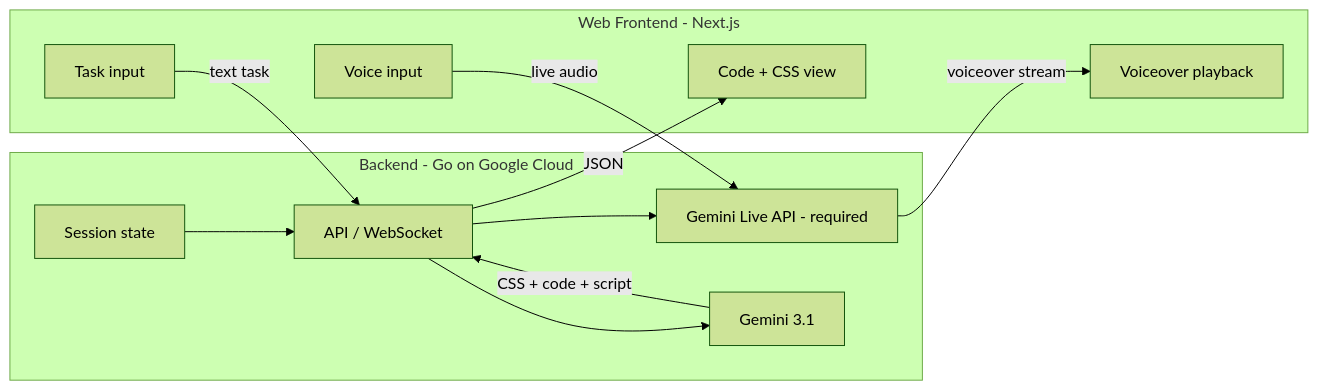
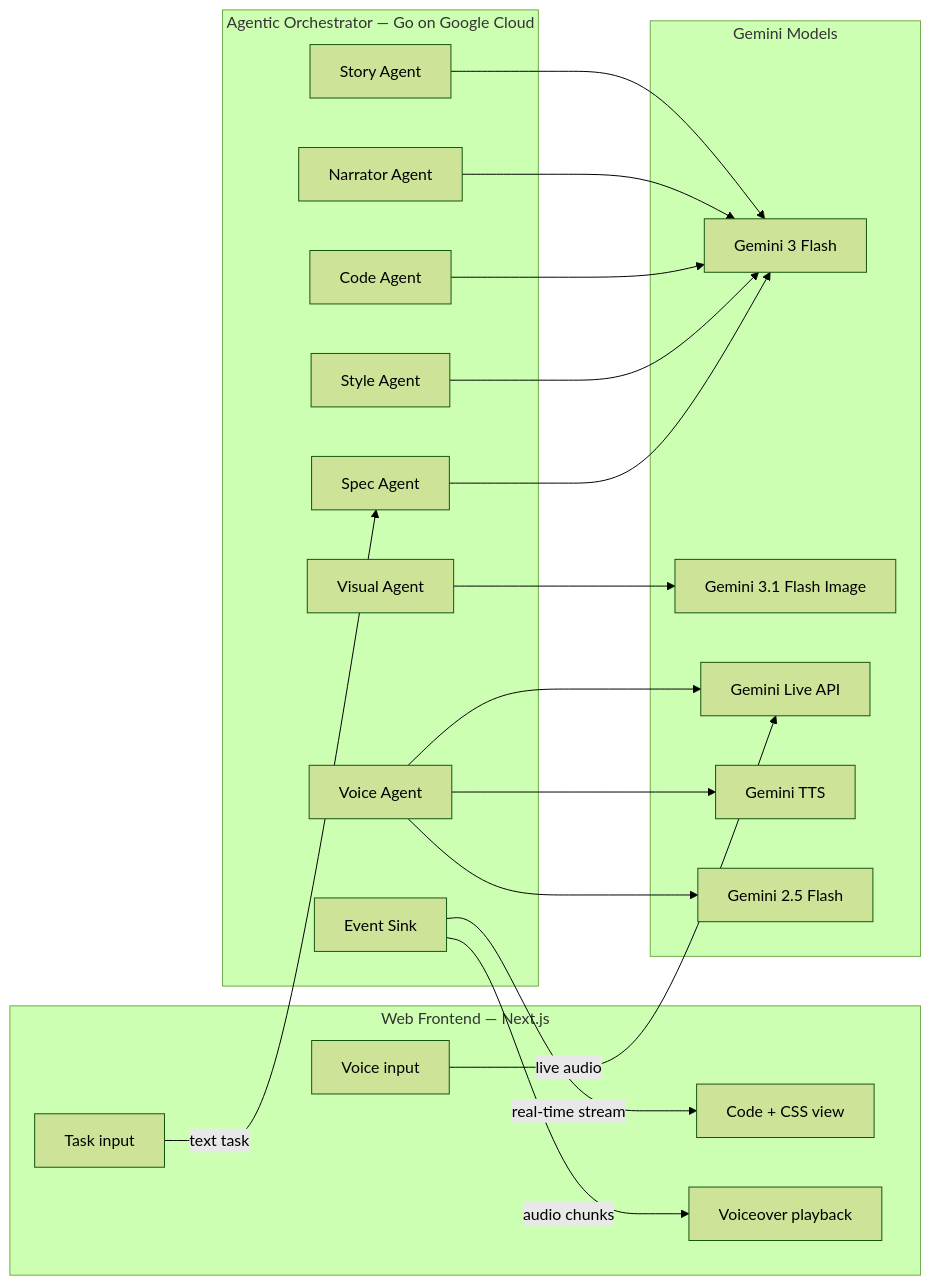
The diagram in doc/architecture.md (coyl/code-commenter), drawn with Mermaid (forest theme) before and after one commit. The commit also changed other lines of this file and 8 other files, not shown here.

````diff
--- a/doc/architecture.md
+++ b/doc/architecture.md
@@ -15,25 +21,42 @@
 ```mermaid
 flowchart LR
-  subgraph client [Web Frontend - Next.js]
+  subgraph client [Web Frontend — Next.js]
     UI[Task input]
     View[Code + CSS view]
     VoiceIn[Voice input]
     VoiceOut[Voiceover playback]
   end
 
-  subgraph backend [Backend - Go on Google Cloud]
-    API[API / WebSocket]
-    Live[Gemini Live API - required]
-    Gen[Gemini 3.1]
-    Jobs[Session state]
+  subgraph orchestrator [Agentic Orchestrator — Go on Google Cloud]
+    SpecAgent[Spec Agent]
+    StyleAgent[Style Agent]
+    CodeAgent[Code Agent]
+    NarratorAgent[Narrator Agent]
+    VoiceAgent[Voice Agent]
+    VisualAgent[Visual Agent]
+    StoryAgent[Story Agent]
+    Sink[Event Sink]
   end
 
-  UI -->|text task| API
-  VoiceIn -->|live audio| Live
-  API --> Gen
-  API --> Live
-  Gen -->|CSS + code + script| API
-  Live -->|voiceover stream| VoiceOut
-  API -->|JSON| View
-  Jobs --> API
+  subgraph models [Gemini Models]
+    Flash[Gemini 3 Flash]
+    ImageModel[Gemini 3.1 Flash Image]
+    LiveAPI[Gemini Live API]
+    TTS[Gemini TTS]
+    Timestamp[Gemini 2.5 Flash]
+  end
+
+  UI -->|text task| SpecAgent
+  VoiceIn -->|live audio| LiveAPI
+  SpecAgent --> Flash
+  StyleAgent --> Flash
+  CodeAgent --> Flash
+  NarratorAgent --> Flash
+  VoiceAgent --> TTS
+  VoiceAgent --> LiveAPI
+  VoiceAgent --> Timestamp
+  VisualAgent --> ImageModel
+  StoryAgent --> Flash
+  Sink -->|real-time stream| View
+  Sink -->|audio chunks| VoiceOut
 ```
````
